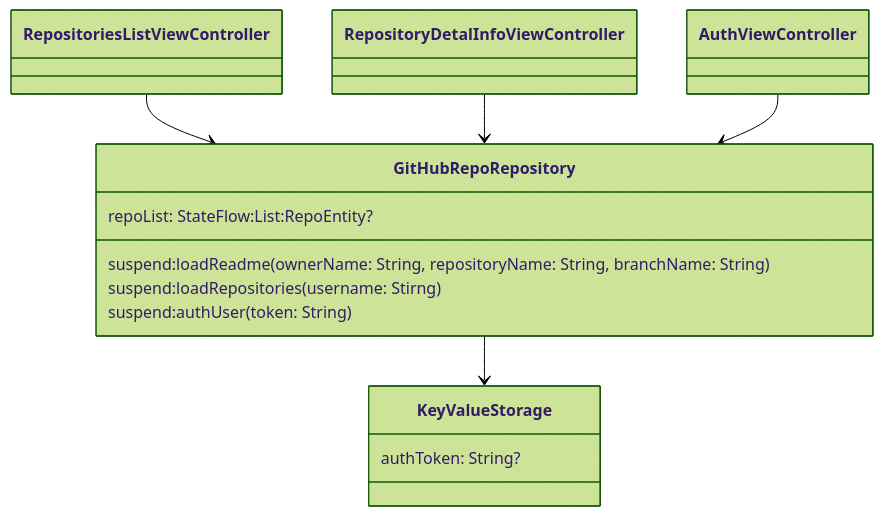
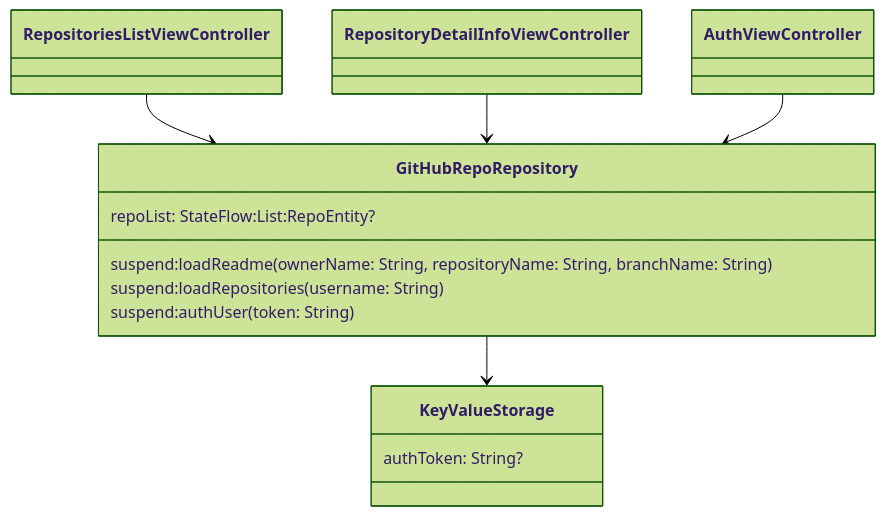
One commit to icerockdev/kmm.icerock.dev changed the diagram in university/2-ios-basics/practice.md. Above: the diagram before and after it, drawn with Mermaid (forest theme). The commit also changed other lines of this file and 2 other files, not shown here.

Commit message:
add legend to kmm-graph and some fixes

````diff
--- a/university/2-ios-basics/practice.md
+++ b/university/2-ios-basics/practice.md
@@ -37,23 +39,23 @@
 ```mermaid
    classDiagram
    
    class RepositoriesListViewController:::ios
-   class RepositoryDetalInfoViewController:::ios
+   class RepositoryDetailInfoViewController:::ios
    class AuthViewController:::ios
    
    class GitHubRepoRepository:::ios{
      repoList: StateFlow:List:RepoEntity?
      suspend:loadReadme(ownerName: String, repositoryName: String, branchName: String)
-     suspend:loadRepositories(username: Stirng)
+     suspend:loadRepositories(username: String)
      suspend:authUser(token: String)
    }
    
    class KeyValueStorage:::ios{
      authToken: String?
    }
 
    RepositoriesListViewController --> GitHubRepoRepository
-   RepositoryDetalInfoViewController --> GitHubRepoRepository
+   RepositoryDetailInfoViewController --> GitHubRepoRepository
    AuthViewController --> GitHubRepoRepository
    GitHubRepoRepository --> KeyValueStorage
 ```
````
